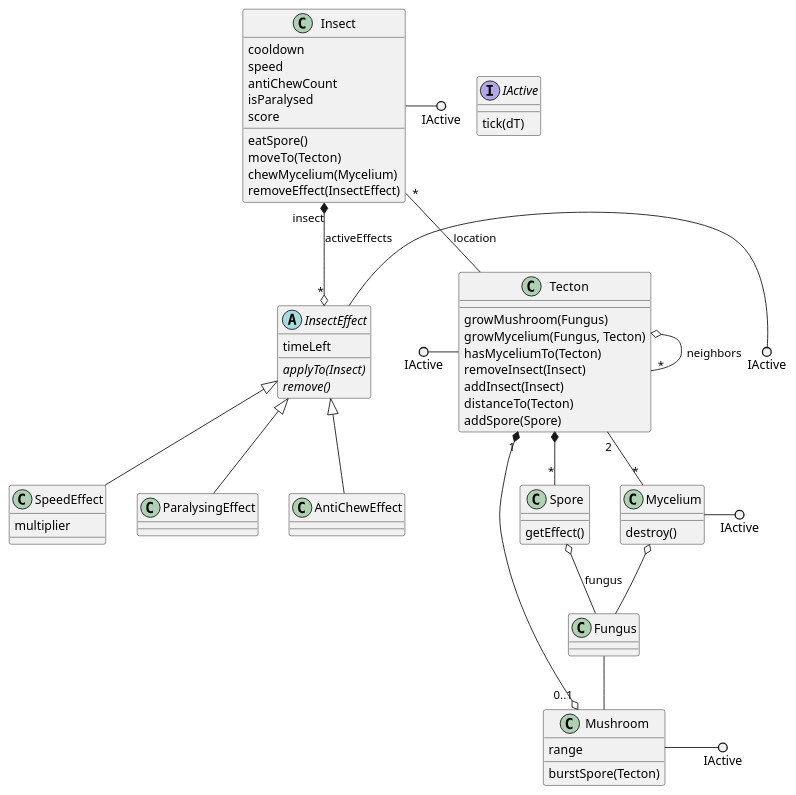
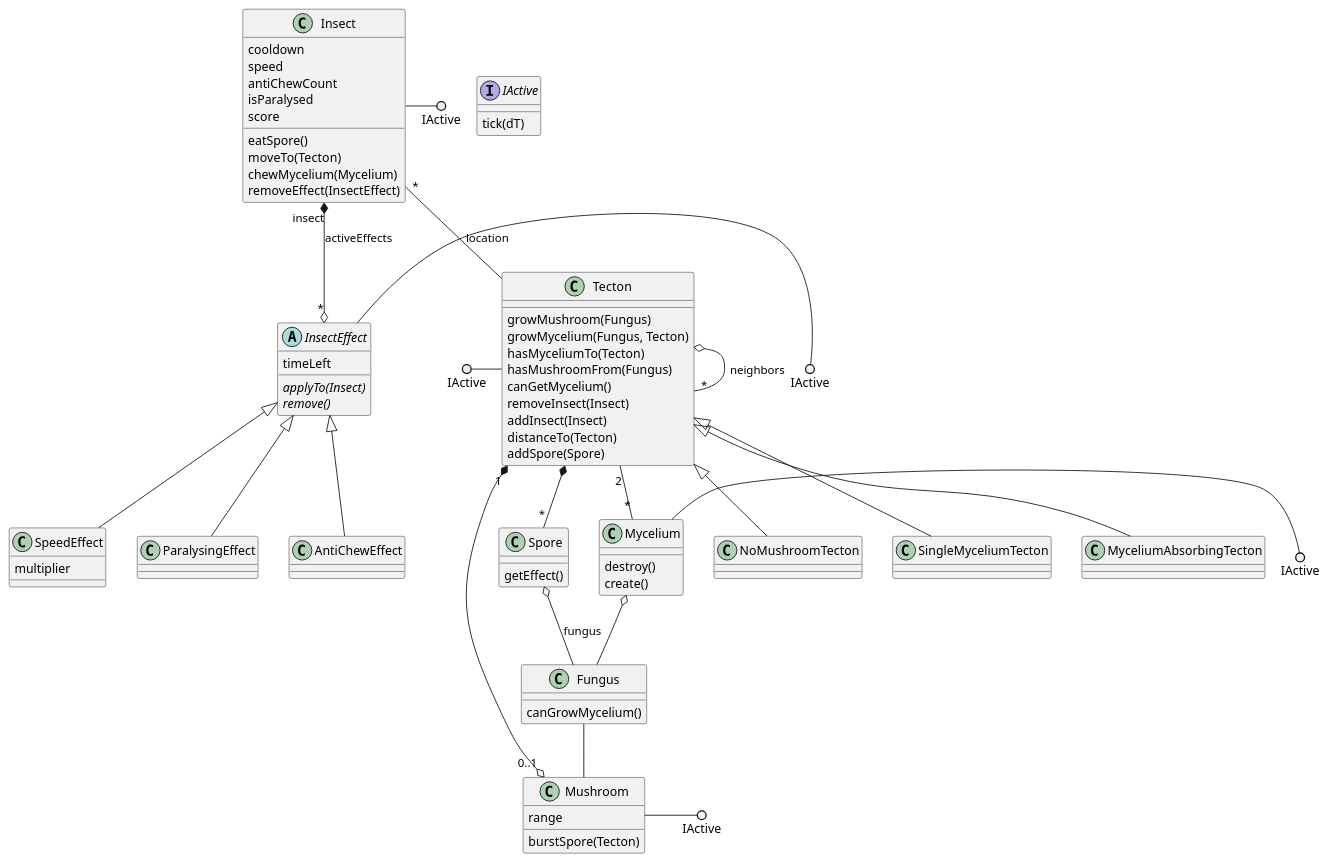
Before and after one commit to ZD4ve/projlab-error521: the diagram in classes.pu, drawn with PlantUML. The commit also changed 4 other files, not shown here.

```diff
--- a/classes.pu
+++ b/classes.pu
@@ -1,70 +1,84 @@
 @startuml classes
 interface IActive
 class Tecton
 together {
     class Fungus
     class Mycelium
     class Mushroom
     class Spore
 }
 together {
     class Insect
     abstract InsectEffect
     class SpeedEffect
     class ParalysingEffect
     class AntiChewEffect
+}
+together{
+    class NoMushroomTecton
+    class SingleMyceliumTecton
+    class MyceliumAbsorbingTecton
 }
 
 IActive : tick(dT)
 
 IActive ()- Tecton
 IActive ()- Mushroom
 IActive ()- Mycelium
 IActive ()- Insect
 IActive ()- InsectEffect
 
 Tecton o-- "*" Tecton : neighbors
 Tecton "2" -- "*" Mycelium
 Tecton *-- "*" Spore
 Tecton "1" *--o "0..1" Mushroom
 Tecton : growMushroom(Fungus)
 Tecton : growMycelium(Fungus, Tecton)
 Tecton : hasMyceliumTo(Tecton)
+Tecton : hasMushroomFrom(Fungus)
+Tecton : canGetMycelium()
 Tecton : removeInsect(Insect)
 Tecton : addInsect(Insect)
 Tecton : distanceTo(Tecton)
 Tecton : addSpore(Spore)
 
 Mushroom : burstSpore(Tecton)
 Mushroom : range
 
 Mycelium o-- Fungus
 Mycelium : destroy()
+Mycelium : create()
 
 Insect "insect" *--o "*" InsectEffect : activeEffects
 Insect "*" -- Tecton : location
 Insect : cooldown
 Insect : speed
 Insect : antiChewCount
 Insect : isParalysed
 Insect : score
 Insect : eatSpore()
 Insect : moveTo(Tecton)
 Insect : chewMycelium(Mycelium)
 Insect : removeEffect(InsectEffect)
 
 Spore o-- Fungus : fungus
 Spore : getEffect()
 
+Fungus : canGrowMycelium()
+
 InsectEffect : timeLeft
 InsectEffect : {abstract} applyTo(Insect)
 InsectEffect : {abstract} remove()
 
 InsectEffect <|-- SpeedEffect
 SpeedEffect : multiplier
 
 InsectEffect <|-- ParalysingEffect
 InsectEffect <|-- AntiChewEffect
 
+Tecton <|-- NoMushroomTecton
+Tecton <|-- SingleMyceliumTecton
+Tecton <|-- MyceliumAbsorbingTecton
+
 Fungus -- Mushroom
 @enduml
```
